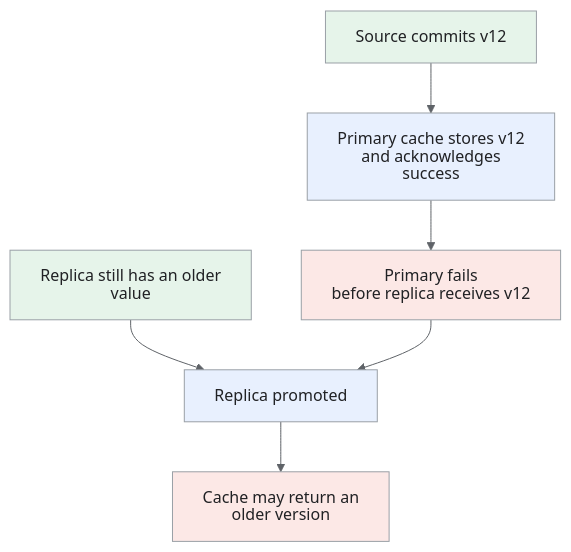
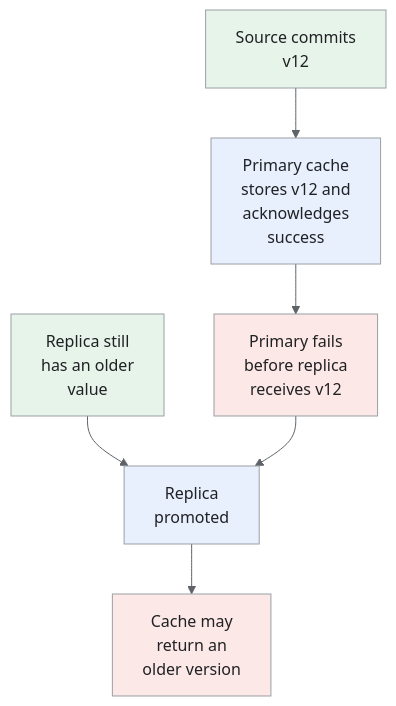
The fifth of 6 diagrams in _designs/system-design-distributed-cache.md (iliazlobin/iliazlobin.github.io), drawn with Mermaid before and after one commit. The commit also changed other lines of this file and 116 other files, not shown here.

````diff
--- a/_designs/system-design-distributed-cache.md
+++ b/_designs/system-design-distributed-cache.md
@@ -269,16 +313,16 @@
 ```mermaid
-%%{init: {'theme':'base','htmlLabels':false,'flowchart':{'htmlLabels':false},'themeVariables':{'fontFamily':'Arial, sans-serif','primaryColor':'#e8f0fe','primaryTextColor':'#202124','primaryBorderColor':'#9aa0a6','lineColor':'#5f6368','secondaryColor':'#e6f4ea','tertiaryColor':'#fef7e0','actorBkg':'#e8f0fe','actorBorder':'#9aa0a6','actorTextColor':'#202124','noteBkgColor':'#fef7e0','noteTextColor':'#202124','noteBorderColor':'#9aa0a6','signalColor':'#5f6368','signalTextColor':'#202124','labelBoxBkgColor':'#fef7e0','labelBoxBorderColor':'#9aa0a6'}}}%%
+%%{init: {'theme':'base','themeVariables':{'primaryColor':'#e8f0fe','primaryTextColor':'#202124','primaryBorderColor':'#9aa0a6','lineColor':'#5f6368','secondaryColor':'#e6f4ea','tertiaryColor':'#fef7e0','actorBkg':'#e8f0fe','actorBorder':'#9aa0a6','actorTextColor':'#202124','noteBkgColor':'#fef7e0','noteTextColor':'#202124','noteBorderColor':'#9aa0a6','signalColor':'#5f6368','signalTextColor':'#202124','labelBoxBkgColor':'#fef7e0','labelBoxBorderColor':'#9aa0a6'}}}%%
 flowchart TB
-  S["Source commits v12"] --> P["Primary cache stores v12<br>and acknowledges success"]
-  P --> F["Primary fails<br>before replica receives v12"]
-  R["Replica still has an older value"] --> M["Replica promoted"]
+  S["Source commits<br>v12"] --> P["Primary cache<br>stores v12 and<br>acknowledges<br>success"]
+  P --> F["Primary fails<br>before replica<br>receives v12"]
+  R["Replica still<br>has an older<br>value"] --> M["Replica<br>promoted"]
   F --> M
-  M --> O["Cache may return an older version"]
+  M --> O["Cache may<br>return an<br>older version"]
   class S,R data
   class P,M request
   class F,O danger
 classDef request fill:#e8f0fe,stroke:#9aa0a6,color:#202124;
 classDef data fill:#e6f4ea,stroke:#9aa0a6,color:#202124;
 classDef control fill:#fef7e0,stroke:#9aa0a6,color:#202124;
 classDef danger fill:#fce8e6,stroke:#9aa0a6,color:#202124;
 ```
````
